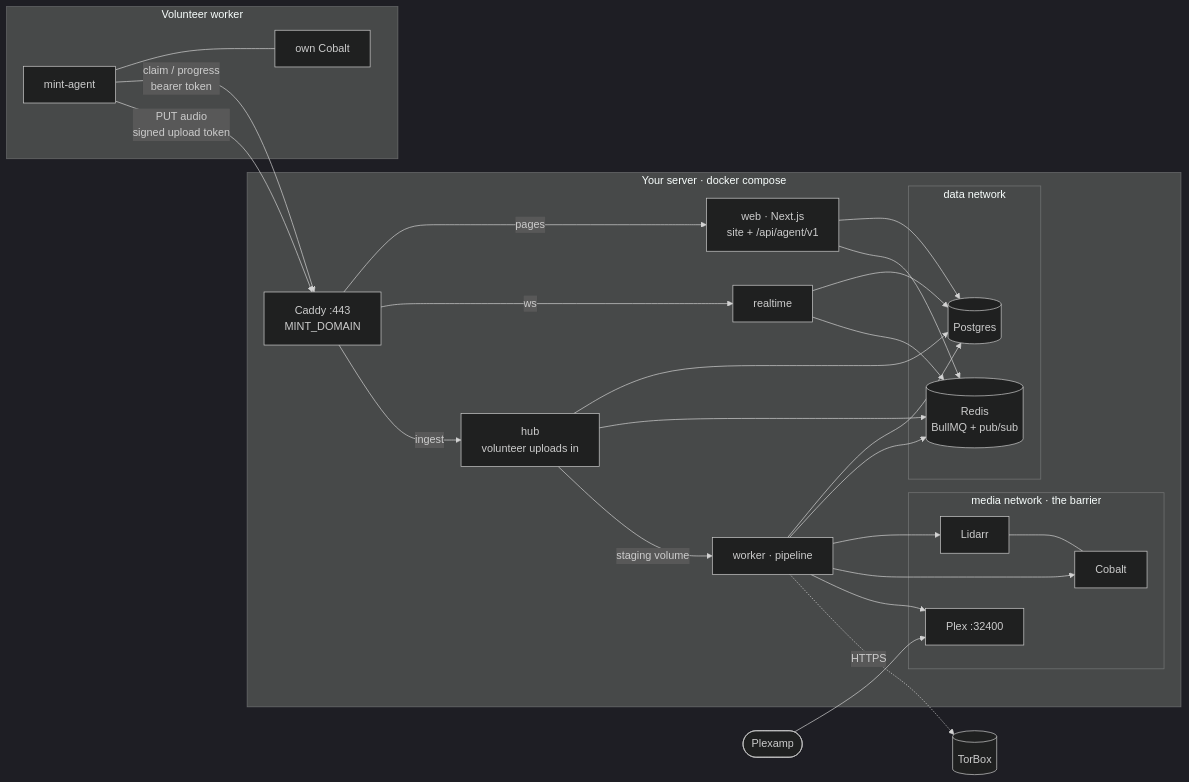
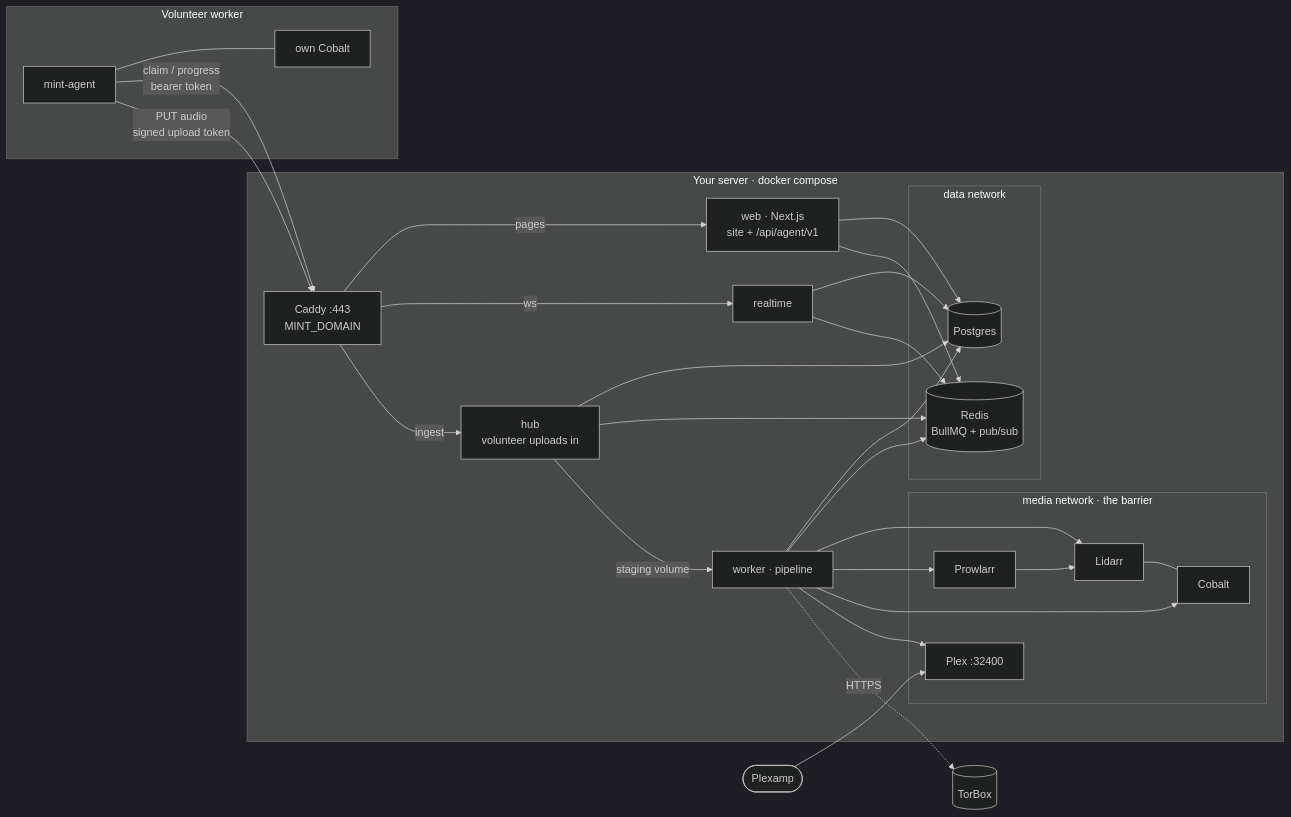
The first of 3 diagrams in README.md (ChickenBone/mint), drawn with Mermaid (dark theme) before and after one commit. The commit also changed other lines of this file and 16 other files, not shown here.

````diff
--- a/README.md
+++ b/README.md
@@ -147,28 +149,29 @@
 ```mermaid
 flowchart LR
   subgraph home[Your server · docker compose]
     caddy[Caddy :443<br/>MINT_DOMAIN]
     caddy -- pages --> web[web · Next.js<br/>site + /api/agent/v1]
     caddy -- ws --> rt[realtime]
     caddy -- ingest --> hub[hub<br/>volunteer uploads in]
     subgraph data[data network]
       pg[(Postgres)]
       redis[(Redis<br/>BullMQ + pub/sub)]
     end
     web & rt & hub --> pg & redis
     worker[worker · pipeline] --> pg & redis
     subgraph media[media network · the barrier]
       lidarr[Lidarr] --- cobalt[Cobalt]
+      prowlarr[Prowlarr] --> lidarr
       plex[Plex :32400]
     end
-    worker --> lidarr & cobalt & plex
+    worker --> lidarr & prowlarr & cobalt & plex
     hub -- staging volume --> worker
   end
   subgraph vol[Volunteer worker]
     agent[mint-agent] --- vc[own Cobalt]
   end
   agent -- claim / progress<br/>bearer token --> caddy
   agent -- PUT audio<br/>signed upload token --> caddy
   worker -. HTTPS .-> torbox[(TorBox)]
   plexamp([Plexamp]) --> plex
 ```
````
